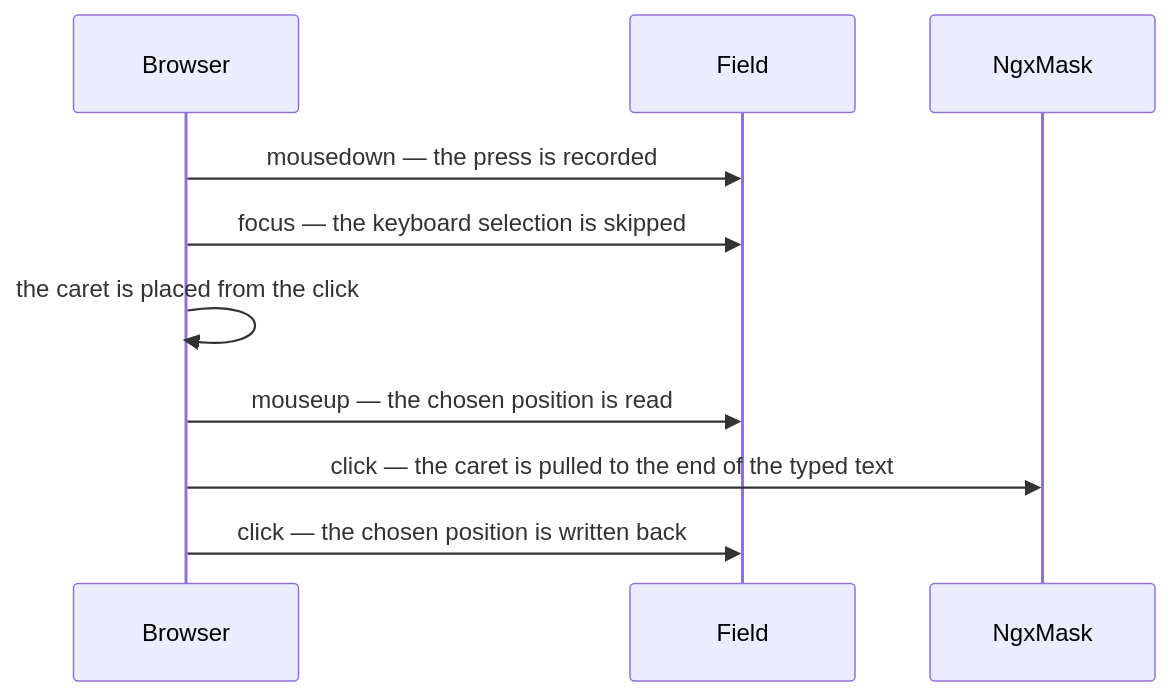
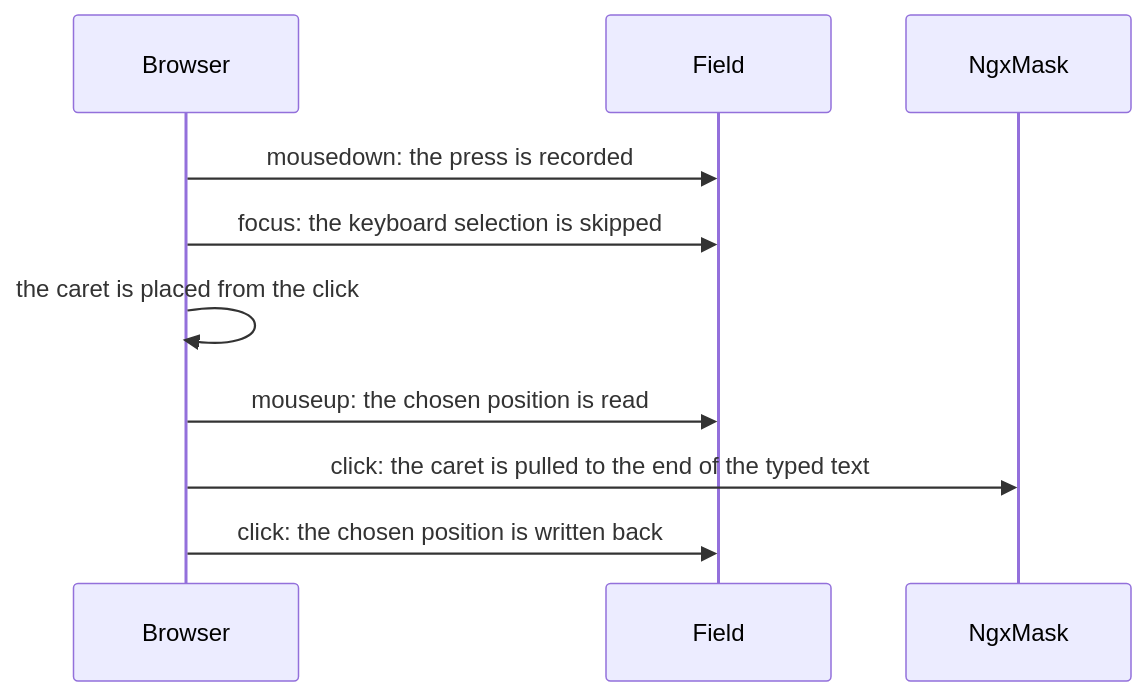
One commit to Cynthion/ngx-formidable changed the diagram in .documentation/tech/caret.md. Above: the diagram before and after it, drawn with Mermaid. The commit also changed other lines of this file and 512 other files, not shown here.

````diff
--- a/.documentation/tech/caret.md
+++ b/.documentation/tech/caret.md
@@ -40,12 +40,12 @@
 ```mermaid
 sequenceDiagram
     participant B as Browser
     participant F as Field
     participant M as NgxMask
-    B->>F: mousedown — the press is recorded
-    B->>F: focus — the keyboard selection is skipped
+    B->>F: mousedown: the press is recorded
+    B->>F: focus: the keyboard selection is skipped
     B->>B: the caret is placed from the click
-    B->>F: mouseup — the chosen position is read
-    B->>M: click — the caret is pulled to the end of the typed text
-    B->>F: click — the chosen position is written back
+    B->>F: mouseup: the chosen position is read
+    B->>M: click: the caret is pulled to the end of the typed text
+    B->>F: click: the chosen position is written back
 ```
````
